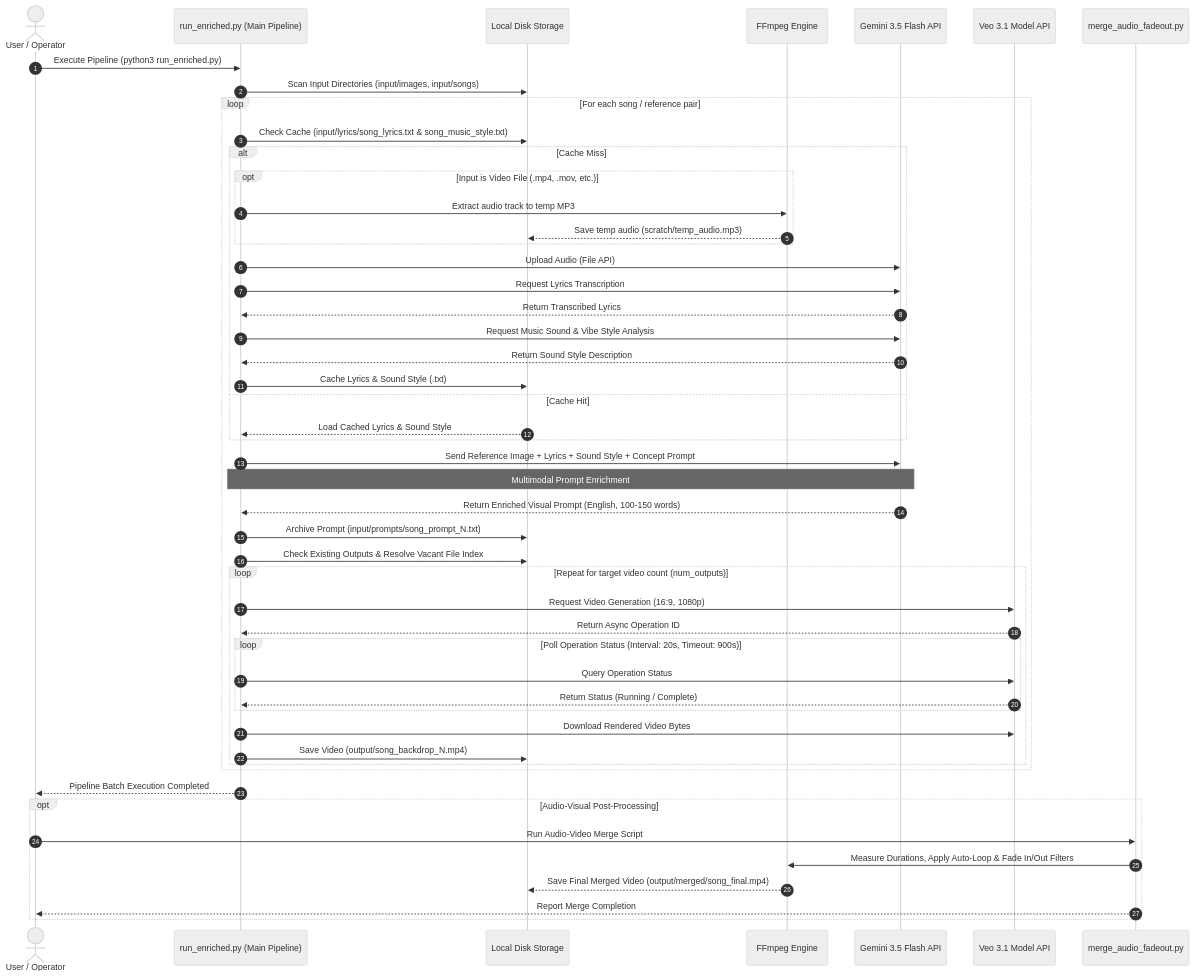
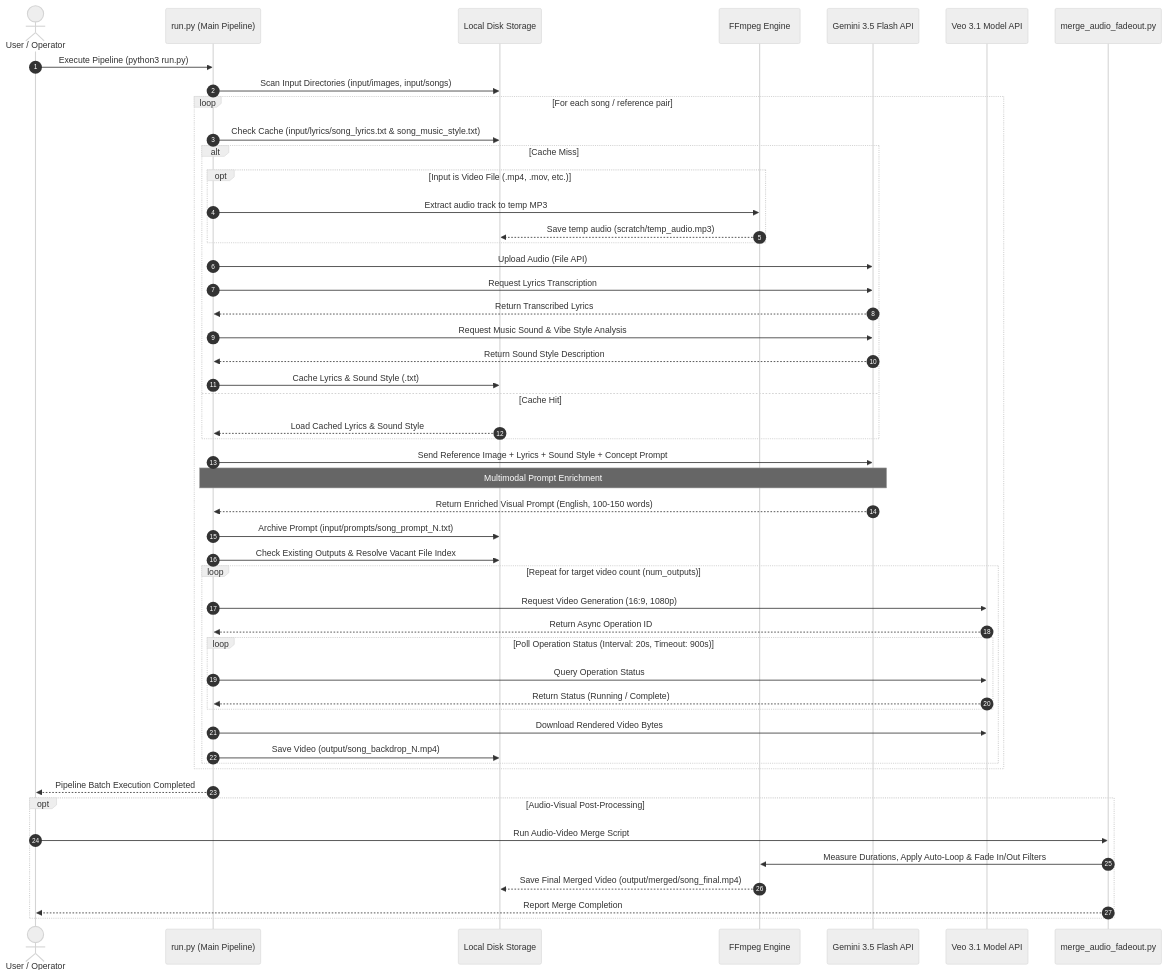
Before and after one commit to electronicnomad/stage-backdrops: the second of 12 diagrams in ARCHITECTURE.md, drawn with Mermaid. The commit also changed other lines of this file and 2 other files, not shown here.

Commit message:
refactor: rename run_enriched.py to run.py and update documentation

````diff
--- a/ARCHITECTURE.md
+++ b/ARCHITECTURE.md
@@ -42,58 +42,58 @@
 ```mermaid
 %%{init: {'theme': 'neutral'}}%%
 sequenceDiagram
     autonumber
     actor User as User / Operator
-    participant PL as run_enriched.py (Main Pipeline)
+    participant PL as run.py (Main Pipeline)
     participant LD as Local Disk Storage
     participant FF as FFmpeg Engine
     participant GEM as Gemini 3.5 Flash API
     participant VEO as Veo 3.1 Model API
     participant MRG as merge_audio_fadeout.py
 
-    User->>PL: Execute Pipeline (python3 run_enriched.py)
+    User->>PL: Execute Pipeline (python3 run.py)
     PL->>LD: Scan Input Directories (input/images, input/songs)
     
     loop For each song / reference pair
         PL->>LD: Check Cache (input/lyrics/song_lyrics.txt & song_music_style.txt)
         alt Cache Miss
             opt Input is Video File (.mp4, .mov, etc.)
                 PL->>FF: Extract audio track to temp MP3
                 FF-->>LD: Save temp audio (scratch/temp_audio.mp3)
             end
             PL->>GEM: Upload Audio (File API)
             PL->>GEM: Request Lyrics Transcription
             GEM-->>PL: Return Transcribed Lyrics
             PL->>GEM: Request Music Sound & Vibe Style Analysis
             GEM-->>PL: Return Sound Style Description
             PL->>LD: Cache Lyrics & Sound Style (.txt)
         else Cache Hit
             LD-->>PL: Load Cached Lyrics & Sound Style
         end
 
         PL->>GEM: Send Reference Image + Lyrics + Sound Style + Concept Prompt
         Note over PL, GEM: Multimodal Prompt Enrichment
         GEM-->>PL: Return Enriched Visual Prompt (English, 100-150 words)
         PL->>LD: Archive Prompt (input/prompts/song_prompt_N.txt)
 
         PL->>LD: Check Existing Outputs & Resolve Vacant File Index
         loop Repeat for target video count (num_outputs)
             PL->>VEO: Request Video Generation (16:9, 1080p)
             VEO-->>PL: Return Async Operation ID
             loop Poll Operation Status (Interval: 20s, Timeout: 900s)
                 PL->>VEO: Query Operation Status
                 VEO-->>PL: Return Status (Running / Complete)
             end
             PL->>VEO: Download Rendered Video Bytes
             PL->>LD: Save Video (output/song_backdrop_N.mp4)
         end
     end
     PL-->>User: Pipeline Batch Execution Completed
 
     opt Audio-Visual Post-Processing
         User->>MRG: Run Audio-Video Merge Script
         MRG->>FF: Measure Durations, Apply Auto-Loop & Fade In/Out Filters
         FF-->>LD: Save Final Merged Video (output/merged/song_final.mp4)
         MRG-->>User: Report Merge Completion
     end
 ```
````
